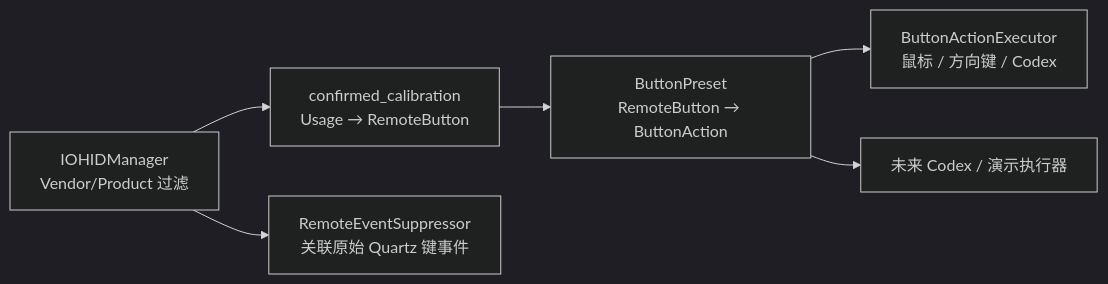
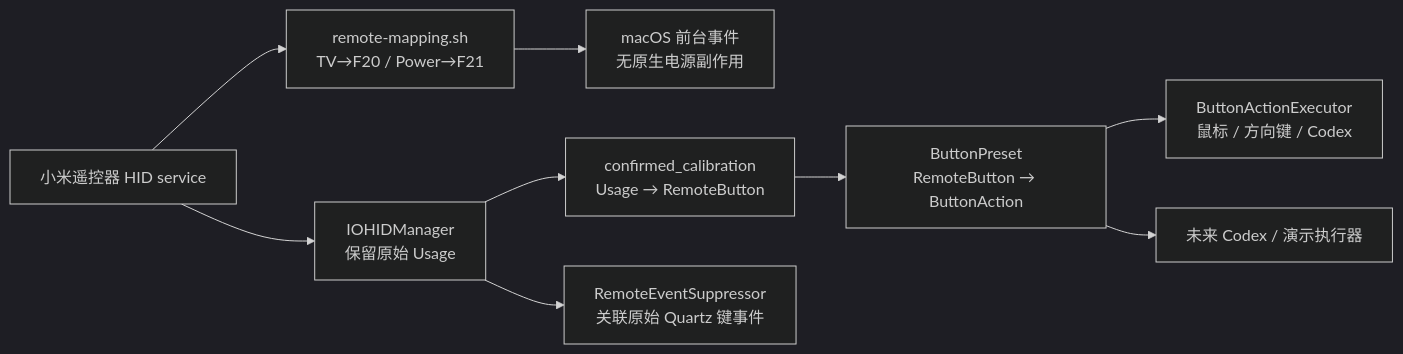
Before and after one commit to fanxeon/mi-ao: the diagram in docs/ARCHITECTURE.md, drawn with Mermaid (dark theme). The commit also changed other lines of this file and 24 other files, not shown here.

````diff
--- a/docs/ARCHITECTURE.md
+++ b/docs/ARCHITECTURE.md
@@ -19,8 +19,11 @@
 ```mermaid
 flowchart LR
-    HID["IOHIDManager<br/>Vendor/Product 过滤"] --> CAL["confirmed_calibration<br/>Usage → RemoteButton"]
+    REMOTE["小米遥控器 HID service"] --> HID["IOHIDManager<br/>保留原始 Usage"]
+    REMOTE --> NEUTRAL["remote-mapping.sh<br/>TV→F20 / Power→F21"]
+    NEUTRAL --> MACOS["macOS 前台事件<br/>无原生电源副作用"]
+    HID --> CAL["confirmed_calibration<br/>Usage → RemoteButton"]
     CAL --> PRESET["ButtonPreset<br/>RemoteButton → ButtonAction"]
     PRESET --> EXECUTOR["ButtonActionExecutor<br/>鼠标 / 方向键 / Codex"]
     PRESET --> FUTURE["未来 Codex / 演示执行器"]
     HID --> SUPPRESS["RemoteEventSuppressor<br/>关联原始 Quartz 键事件"]
 ```
````
